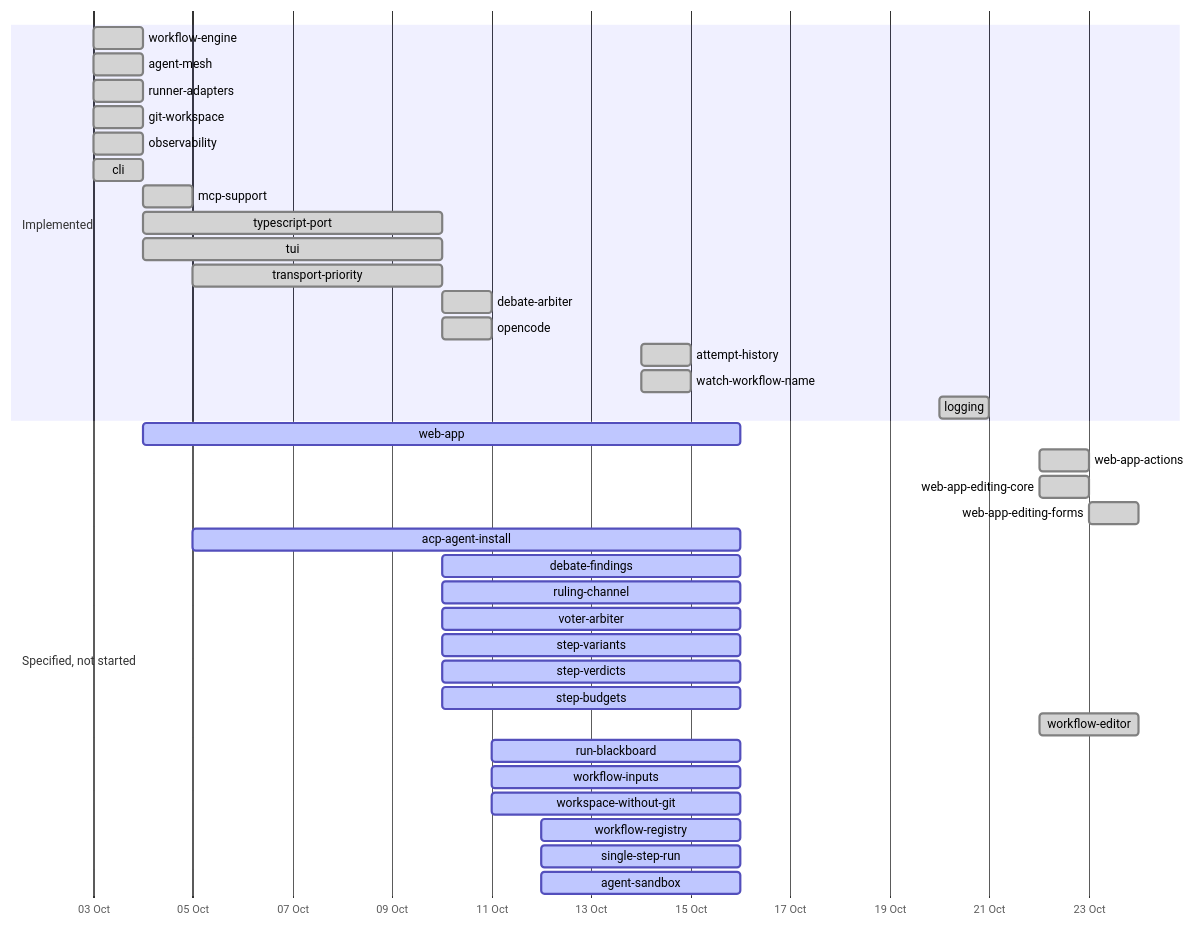
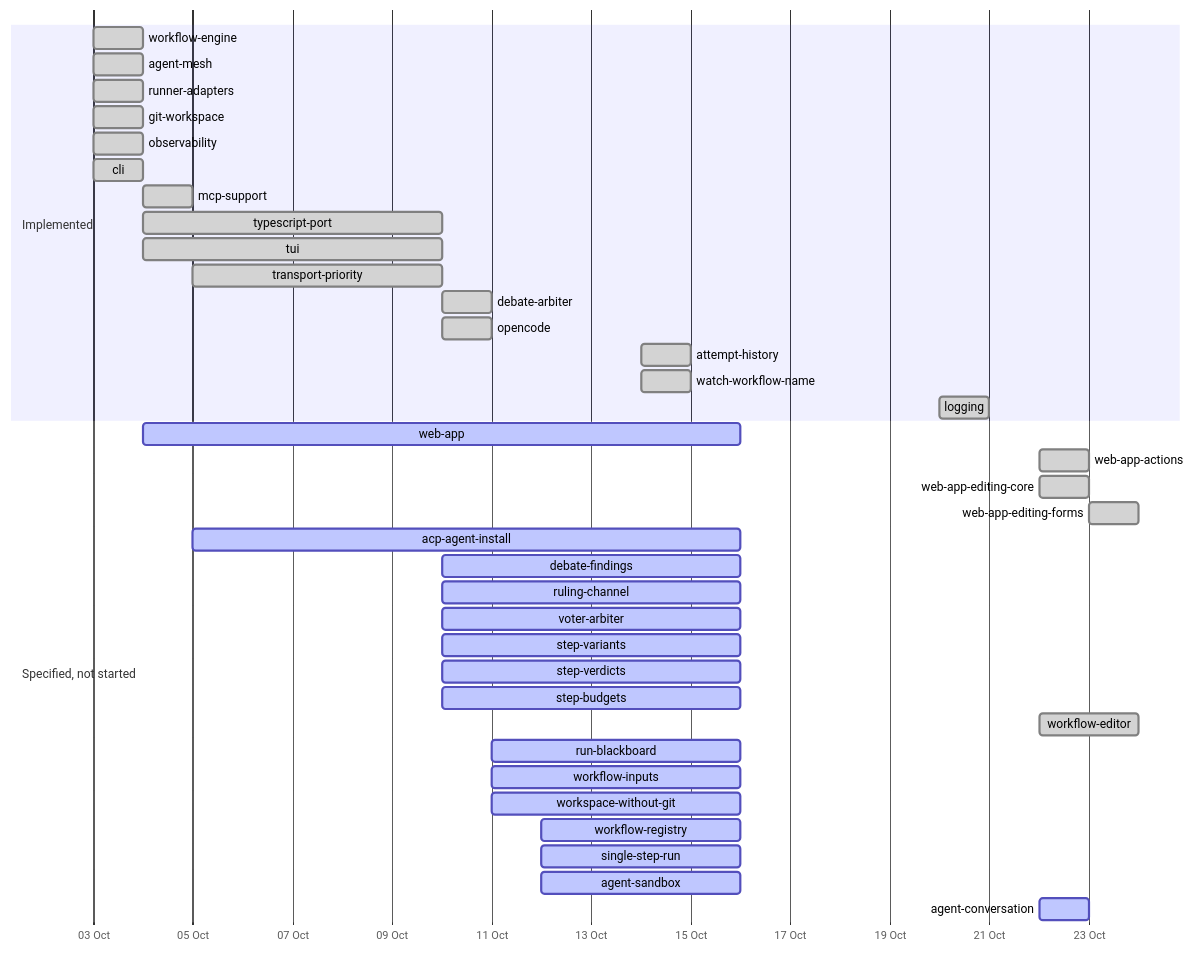
One commit to yaotzin1/indaba changed the second of 2 diagrams in specs/DEPENDENCY_MAP.md. Above: the diagram before and after it, drawn with Mermaid. The commit also changed other lines of this file and 7 other files, not shown here.

````diff
--- a/specs/DEPENDENCY_MAP.md
+++ b/specs/DEPENDENCY_MAP.md
@@ -71,40 +71,41 @@
 ```mermaid
 gantt
     dateFormat YYYY-MM-DD
     axisFormat %d %b
     section Implemented
     workflow-engine        :done, 2026-10-03, 2026-10-04
     agent-mesh             :done, 2026-10-03, 2026-10-04
     runner-adapters        :done, 2026-10-03, 2026-10-04
     git-workspace          :done, 2026-10-03, 2026-10-04
     observability          :done, 2026-10-03, 2026-10-04
     cli                    :done, 2026-10-03, 2026-10-04
     mcp-support            :done, 2026-10-04, 1d
     typescript-port        :done, 2026-10-04, 2026-10-10
     tui                    :done, 2026-10-04, 2026-10-10
     transport-priority     :done, 2026-10-05, 2026-10-10
     debate-arbiter         :done, 2026-10-10, 1d
     opencode               :done, 2026-10-10, 1d
     attempt-history        :done, 2026-10-14, 1d
     watch-workflow-name    :done, 2026-10-14, 1d
     logging                :done, 2026-10-20, 2026-10-21
     section Specified, not started
     web-app                :active, 2026-10-04, 2026-10-16
     web-app-actions        :done, 2026-10-22, 1d
     web-app-editing-core   :done, 2026-10-22, 1d
     web-app-editing-forms  :done, 2026-10-23, 1d
     acp-agent-install      :active, 2026-10-05, 2026-10-16
     debate-findings        :active, 2026-10-10, 2026-10-16
     ruling-channel         :active, 2026-10-10, 2026-10-16
     voter-arbiter          :active, 2026-10-10, 2026-10-16
     step-variants          :active, 2026-10-10, 2026-10-16
     step-verdicts          :active, 2026-10-10, 2026-10-16
     step-budgets           :active, 2026-10-10, 2026-10-16
     workflow-editor        :done, 2026-10-22, 2d
     run-blackboard         :active, 2026-10-11, 2026-10-16
     workflow-inputs        :active, 2026-10-11, 2026-10-16
     workspace-without-git  :active, 2026-10-11, 2026-10-16
     workflow-registry      :active, 2026-10-12, 2026-10-16
     single-step-run        :active, 2026-10-12, 2026-10-16
     agent-sandbox          :active, 2026-10-12, 2026-10-16
+    agent-conversation     :active, 2026-10-22, 2026-10-23
 ```
````
